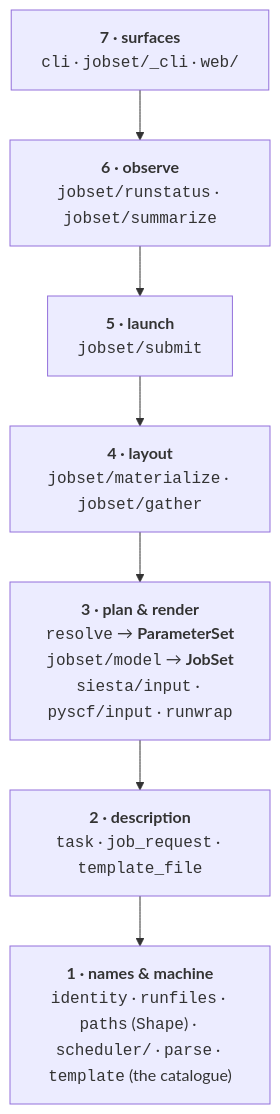
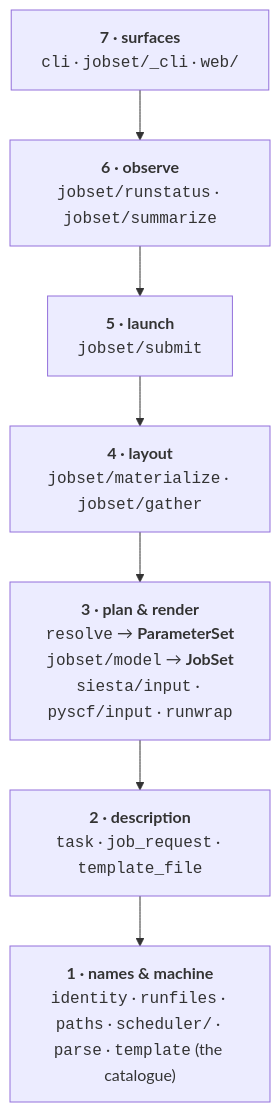
Before and after one commit to Qing-LAB/molbuilder: the third of 3 diagrams in docs/execution/generator.md, drawn with Mermaid. The commit also changed other lines of this file and 193 other files, not shown here.

````diff
--- a/docs/execution/generator.md
+++ b/docs/execution/generator.md
@@ -802,11 +794,11 @@
 ```mermaid
 flowchart TB
     F7["<b>7 · surfaces</b><br/><code>cli</code> · <code>jobset/_cli</code> · <code>web/</code>"]
     F6["<b>6 · observe</b><br/><code>jobset/runstatus</code> · <code>jobset/summarize</code>"]
     F5["<b>5 · launch</b><br/><code>jobset/submit</code>"]
     F4["<b>4 · layout</b><br/><code>jobset/materialize</code> · <code>jobset/gather</code>"]
     F3["<b>3 · plan &amp; render</b><br/><code>resolve</code> → <b>ParameterSet</b><br/><code>jobset/model</code> → <b>JobSet</b><br/><code>siesta/input</code> · <code>pyscf/input</code> · <code>runwrap</code>"]
     F2["<b>2 · description</b><br/><code>task</code> · <code>job_request</code> · <code>template_file</code>"]
-    F1["<b>1 · names & machine</b><br/><code>identity</code> · <code>runfiles</code> · <code>paths</code> (<code>Shape</code>) · <code>scheduler/</code> · <code>parse</code> · <code>template</code> (the catalogue)"]
+    F1["<b>1 · names & machine</b><br/><code>identity</code> · <code>runfiles</code> · <code>paths</code> · <code>scheduler/</code> · <code>parse</code> · <code>template</code> (the catalogue)"]
     F7 --> F6 --> F5 --> F4 --> F3 --> F2 --> F1
 ```
````
